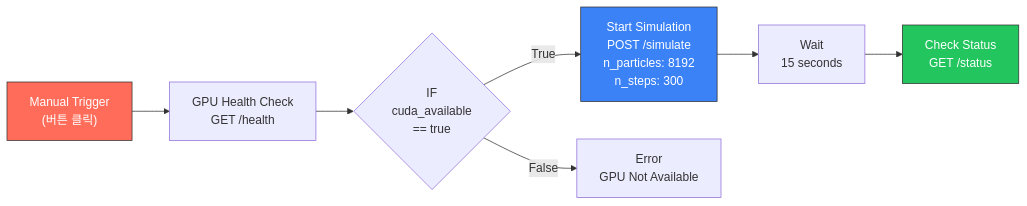
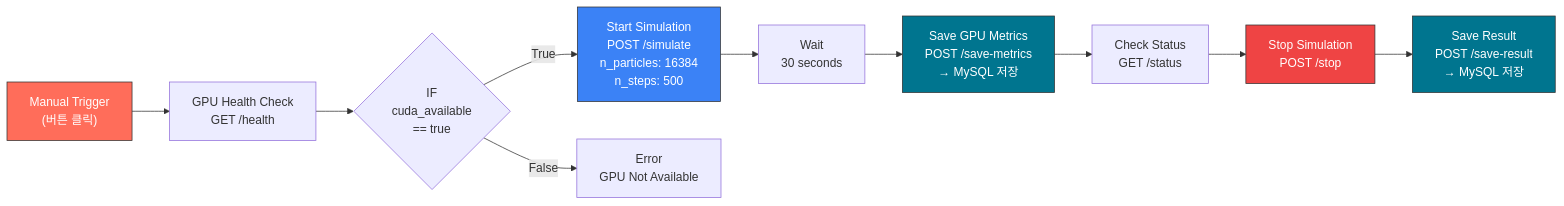
Before and after one commit to kuro-0211/cuda-docker-with-n8n: the second of 5 diagrams in README.md, drawn with Mermaid. The commit also changed other lines of this file and 11 other files, not shown here.

Commit message:
feat: MySQL 메트릭 저장, 시뮬레이션 종료 API, 워크플로우 업데이트

````diff
--- a/README.md
+++ b/README.md
@@ -63,13 +67,18 @@
 ```mermaid
 flowchart LR
     A["Manual Trigger\n(버튼 클릭)"] --> B["GPU Health Check\nGET /health"]
     B --> C{"IF\ncuda_available\n== true"}
-    C -->|True| D["Start Simulation\nPOST /simulate\nn_particles: 8192\nn_steps: 300"]
+    C -->|True| D["Start Simulation\nPOST /simulate\nn_particles: 16384\nn_steps: 500"]
     C -->|False| E["Error\nGPU Not Available"]
-    D --> F["Wait\n15 seconds"]
-    F --> G["Check Status\nGET /status"]
+    D --> F["Wait\n30 seconds"]
+    F --> G["Save GPU Metrics\nPOST /save-metrics\n→ MySQL 저장"]
+    G --> H["Check Status\nGET /status"]
+    H --> I["Stop Simulation\nPOST /stop"]
+    I --> J["Save Result\nPOST /save-result\n→ MySQL 저장"]
 
     style A fill:#ff6d5a,stroke:#333,color:#fff
     style D fill:#3b82f6,stroke:#333,color:#fff
-    style G fill:#22c55e,stroke:#333,color:#fff
+    style G fill:#00758f,stroke:#333,color:#fff
+    style I fill:#ef4444,stroke:#333,color:#fff
+    style J fill:#00758f,stroke:#333,color:#fff
 ```
````
